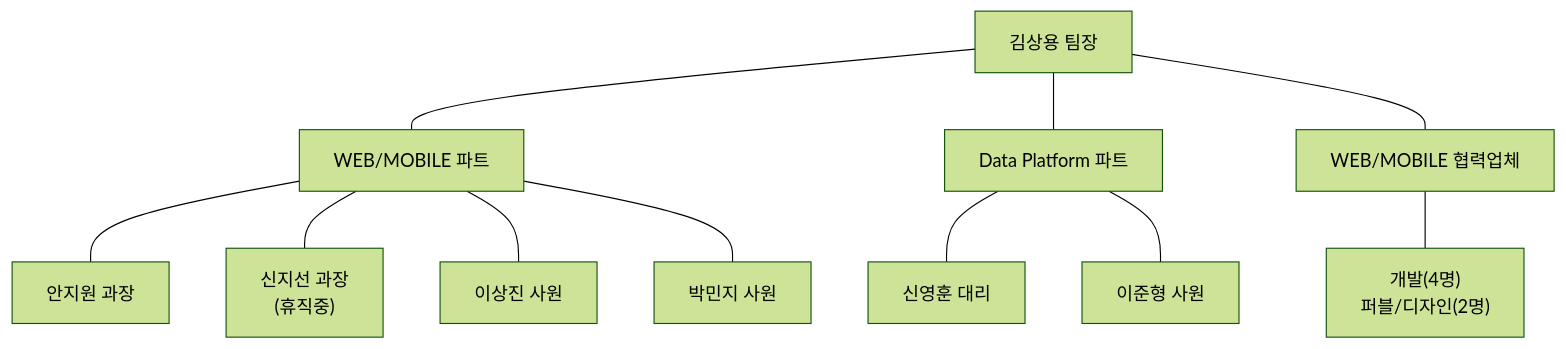
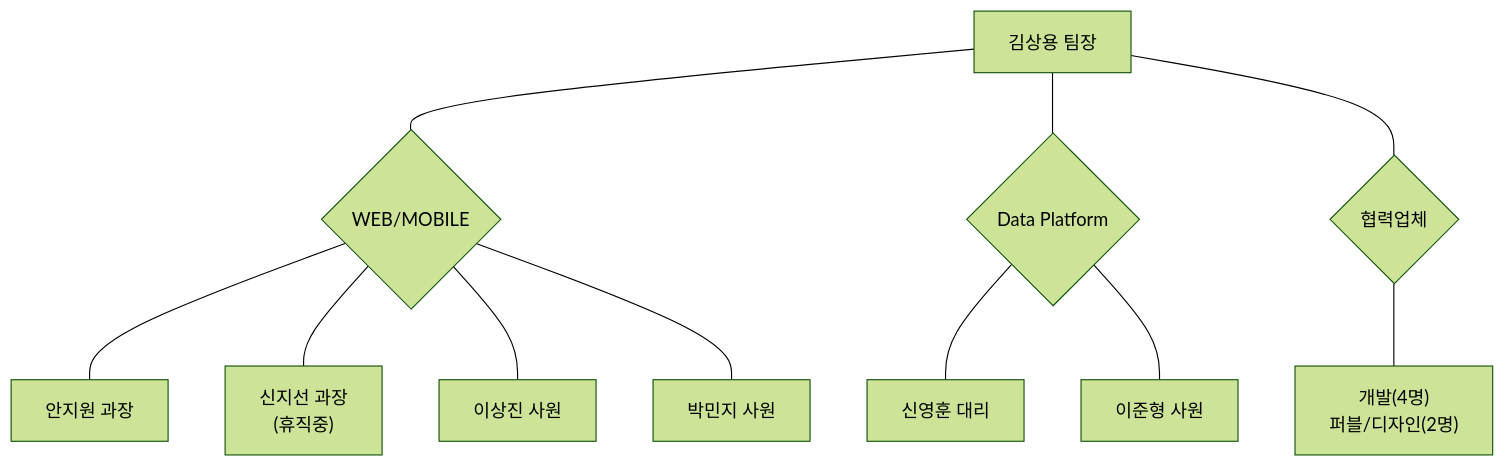
Before and after one commit to minjibak/ksc_ojt_2023: the first of 2 diagrams in main.md, drawn with Mermaid (forest theme). The commit also changed other lines of this file, not shown here.

Commit message:
team intro

````diff
--- a/main.md
+++ b/main.md
@@ -29,13 +30,13 @@
-```mermaid
-  flowchart TD;
-    TM[김상용 팀장]---WB1["WEB/MOBILE 파트"];
-    TM---DP[Data Platform 파트];
-    DP---D1[신영훈 대리];
-    DP---D2[이준형 사원];
-    TM---WB2["WEB/MOBILE 협력업체"];
-    WB1---W1[안지원 과장];
-    WB1---W2["신지선 과장\n(휴직중)"];
-    WB1---W3[이상진 사원];
-    WB1---W4[박민지 사원];
-    WB2---W5["개발(4명)\n퍼블/디자인(2명)"];
-```
+    ```mermaid
+      flowchart TD;
+        TM[김상용 팀장]---WB1{"WEB/MOBILE"};
+        TM---DP{Data Platform};
+        DP---D1[신영훈 대리];
+        DP---D2[이준형 사원];
+        TM---WB2{협력업체};
+        WB1---W1[안지원 과장];
+        WB1---W2["신지선 과장\n(휴직중)"];
+        WB1---W3[이상진 사원];
+        WB1---W4[박민지 사원];
+        WB2---W5["개발(4명)\n퍼블/디자인(2명)"];
+    ```
````
